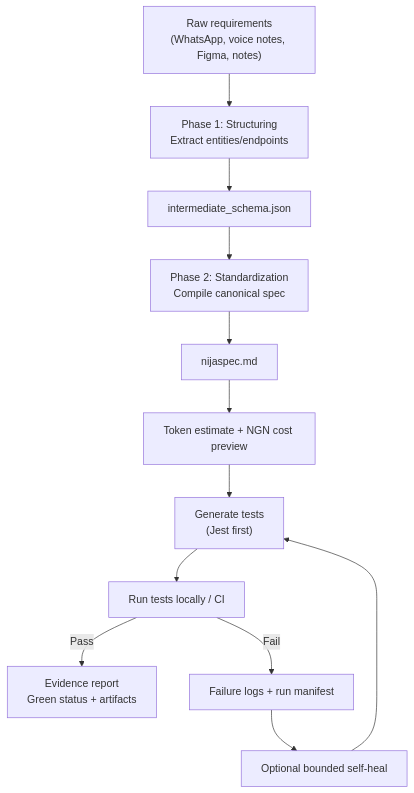
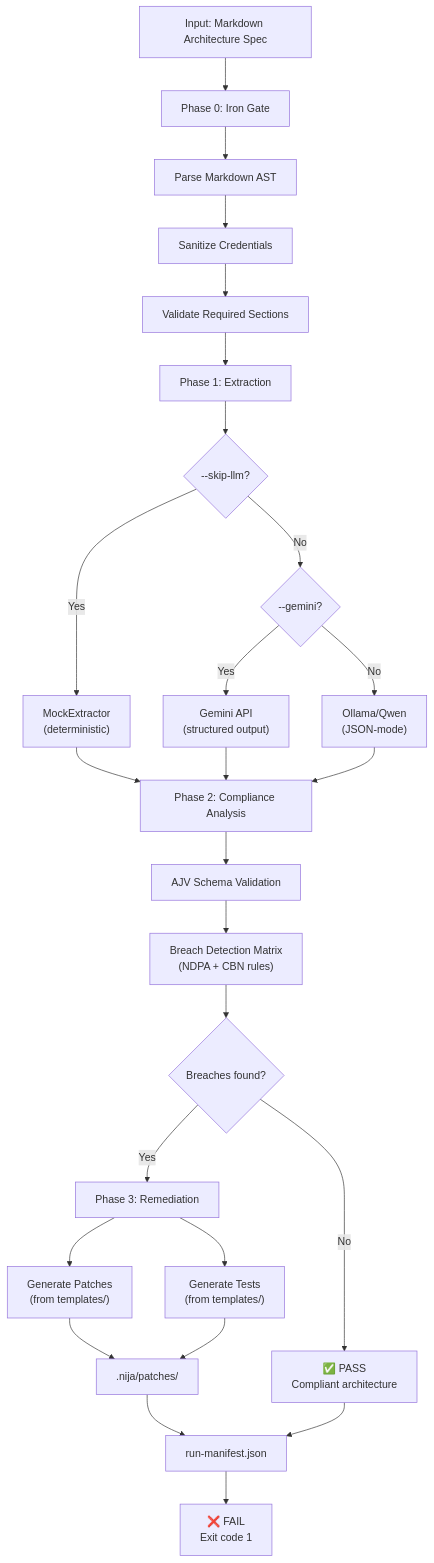
One commit to Quaintbrake5/nija-spec changed the diagram in docs/diagrams/system-flow.mmd. Above: the diagram before and after it, drawn with Mermaid. The commit also changed other lines of this file and 40 other files, not shown here.

```diff
--- a/docs/diagrams/system-flow.mmd
+++ b/docs/diagrams/system-flow.mmd
@@ -1,12 +1,26 @@
 flowchart TD
-  A["Raw requirements<br/>(WhatsApp, voice notes, Figma, notes)"] --> B["Phase 1: Structuring<br/>Extract entities/endpoints"]
-  B --> C["intermediate_schema.json"]
-  C --> D["Phase 2: Standardization<br/>Compile canonical spec"]
-  D --> E["nijaspec.md"]
-  E --> F["Token estimate + NGN cost preview"]
-  F --> G["Generate tests<br/>(Jest first)"]
-  G --> H["Run tests locally / CI"]
-  H -->|Pass| I["Evidence report<br/>Green status + artifacts"]
-  H -->|Fail| J["Failure logs + run manifest"]
-  J --> K["Optional bounded self-heal"]
-  K --> G
+    A["Input: Markdown Architecture Spec"] --> B["Phase 0: Iron Gate"]
+    B --> B1["Parse Markdown AST"]
+    B1 --> B2["Sanitize Credentials"]
+    B2 --> B3["Validate Required Sections"]
+    B3 --> C["Phase 1: Extraction"]
+    C --> C1{"--skip-llm?"}
+    C1 -->|Yes| C2["MockExtractor\n(deterministic)"]
+    C1 -->|No| C3{"--gemini?"}
+    C3 -->|Yes| C4["Gemini API\n(structured output)"]
+    C3 -->|No| C5["Ollama/Qwen\n(JSON-mode)"]
+    C2 --> D["Phase 2: Compliance Analysis"]
+    C4 --> D
+    C5 --> D
+    D --> D1["AJV Schema Validation"]
+    D1 --> D2["Breach Detection Matrix\n(NDPA + CBN rules)"]
+    D2 --> E{"Breaches found?"}
+    E -->|No| F["✅ PASS\nCompliant architecture"]
+    E -->|Yes| G["Phase 3: Remediation"]
+    G --> G1["Generate Patches\n(from templates/)"]
+    G --> G2["Generate Tests\n(from templates/)"]
+    G1 --> G3[".nija/patches/"]
+    G2 --> G3
+    G3 --> G4["run-manifest.json"]
+    G4 --> H["❌ FAIL\nExit code 1"]
+    F --> G4
```
